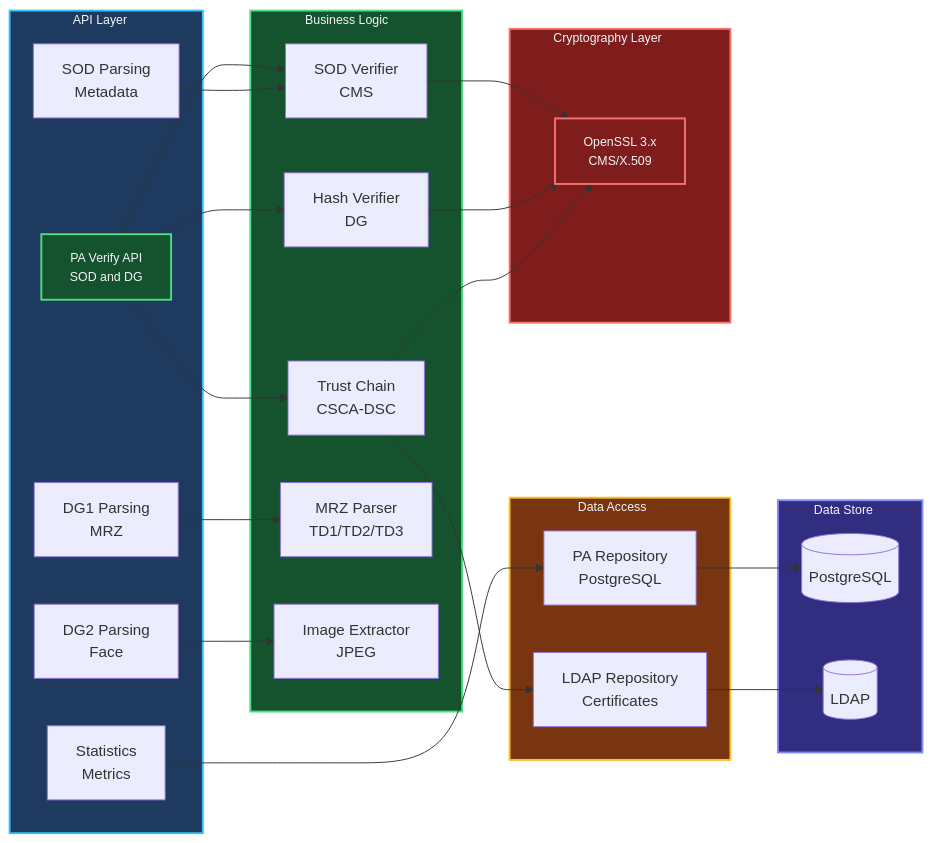
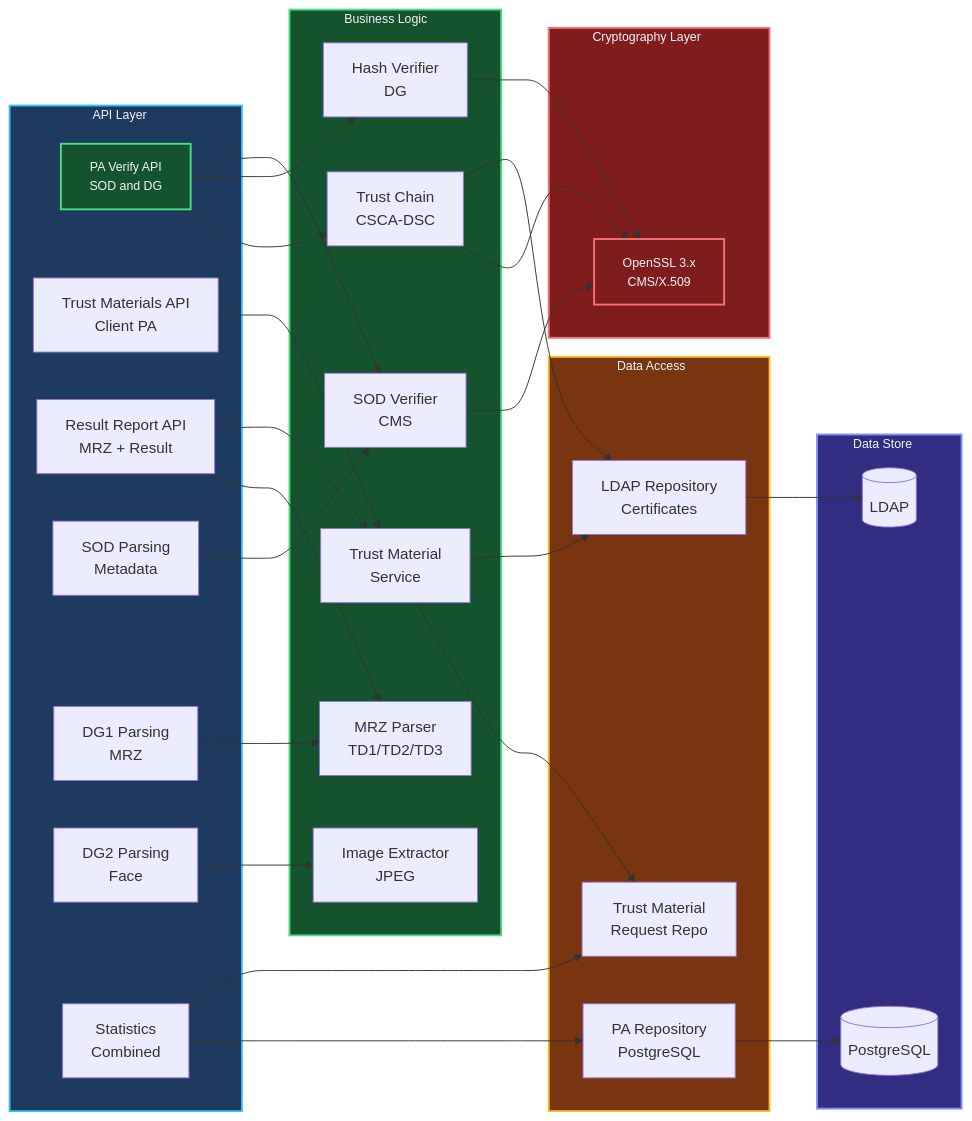
One commit to iland112/icao-local-pkd-cpp changed the third of 17 diagrams in docs/ARCHITECTURE.md. Above: the diagram before and after it, drawn with Mermaid. The commit also changed other lines of this file, not shown here.

Commit message:
docs: ARCHITECTURE.md PA Service 아키텍처에 Client PA (Trust Materials) 반영
- PA Service 아키텍처 다이어그램: Trust Materials API, Result Report API,
  TrustMaterialService, TrustMaterialRequestRepository 추가
- Key Features: Dual PA Mode (Server PA + Client PA) 설명 추가
- ServiceContainer: PA Service 4 repos → 5 repos, 3 services → 4 services

````diff
--- a/docs/ARCHITECTURE.md
+++ b/docs/ARCHITECTURE.md
@@ -387,59 +387,70 @@
 ```mermaid
 flowchart LR
     subgraph API["API Layer"]
         Verify["PA Verify API<br/>SOD and DG"]
+        TrustMat["Trust Materials API<br/>Client PA"]
+        TrustResult["Result Report API<br/>MRZ + Result"]
         ParseSOD["SOD Parsing<br/>Metadata"]
         ParseDG1["DG1 Parsing<br/>MRZ"]
         ParseDG2["DG2 Parsing<br/>Face"]
-        Stats["Statistics<br/>Metrics"]
+        Stats["Statistics<br/>Combined"]
     end
 
     subgraph Logic["Business Logic"]
         SODVerify["SOD Verifier<br/>CMS"]
         HashVerify["Hash Verifier<br/>DG"]
         ChainVerify["Trust Chain<br/>CSCA-DSC"]
+        TrustMatSvc["Trust Material<br/>Service"]
         MRZParser["MRZ Parser<br/>TD1/TD2/TD3"]
         ImageExtractor["Image Extractor<br/>JPEG"]
     end
 
     subgraph DataAccess["Data Access"]
         PARepo["PA Repository<br/>PostgreSQL"]
+        TMRepo["Trust Material<br/>Request Repo"]
         LDAPRepo["LDAP Repository<br/>Certificates"]
     end
 
     subgraph Crypto["Cryptography Layer"]
         OpenSSL["OpenSSL 3.x<br/>CMS/X.509"]
     end
 
     subgraph DataStore["Data Store"]
         DB[("PostgreSQL")]
         LDAPS[("LDAP")]
     end
 
     Verify --> SODVerify
     Verify --> HashVerify
     Verify --> ChainVerify
+
+    TrustMat --> TrustMatSvc
+    TrustResult --> TrustMatSvc
+    TrustResult --> MRZParser
+    TrustMatSvc --> LDAPRepo
+    TrustMatSvc --> TMRepo
+    Stats --> TMRepo
 
     ParseSOD --> SODVerify
     ParseDG1 --> MRZParser
     ParseDG2 --> ImageExtractor
 
     SODVerify --> OpenSSL
     HashVerify --> OpenSSL
     ChainVerify --> LDAPRepo
     ChainVerify --> OpenSSL
 
     Stats --> PARepo
 
     PARepo --> DB
     LDAPRepo --> LDAPS
 
     style API fill:#1e3a5f,stroke:#38bdf8,stroke-width:2px,color:#f1f5f9,font-size:13px
     style Logic fill:#14532d,stroke:#4ade80,stroke-width:2px,color:#f1f5f9,font-size:13px
     style DataAccess fill:#78350f,stroke:#fbbf24,stroke-width:2px,color:#f1f5f9,font-size:13px
     style Crypto fill:#7f1d1d,stroke:#f87171,stroke-width:2px,color:#f1f5f9,font-size:13px
     style DataStore fill:#312e81,stroke:#818cf8,stroke-width:2px,color:#f1f5f9,font-size:13px
 
     style Verify fill:#14532d,stroke:#4ade80,stroke-width:2px,color:#f1f5f9,font-size:13px
     style OpenSSL fill:#7f1d1d,stroke:#f87171,stroke-width:2px,color:#f1f5f9,font-size:13px
 ```
````
